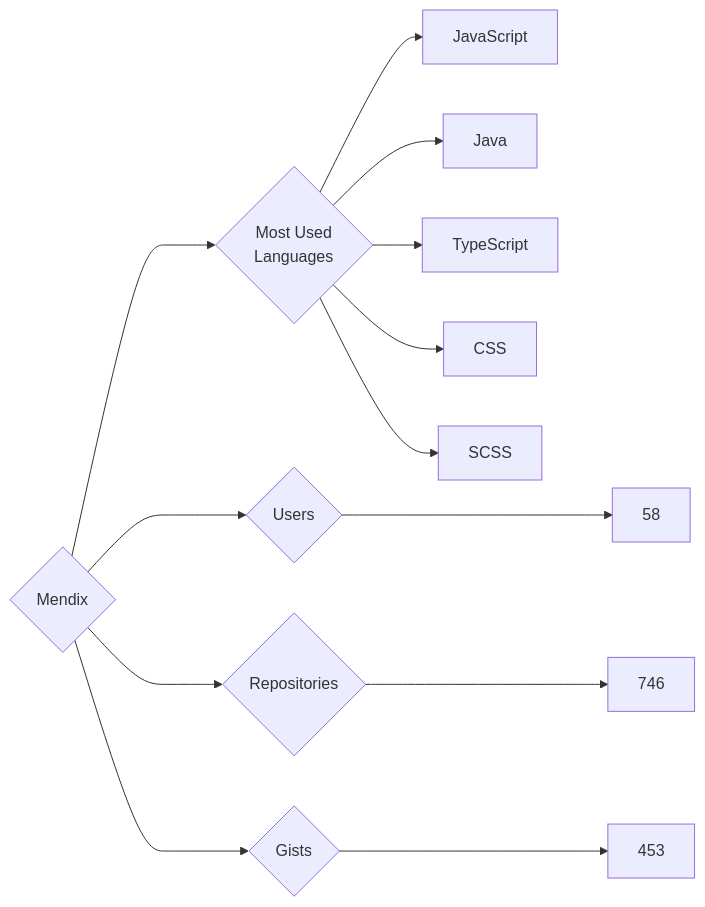
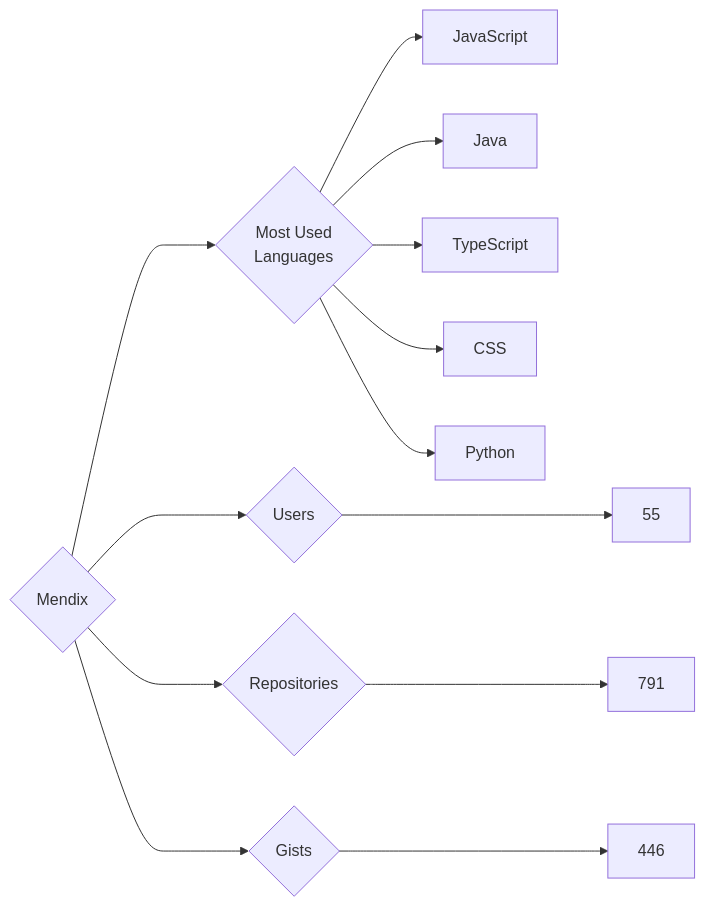
The diagram in targets/Mendix/README.md (trickest/insiders), drawn with Mermaid before and after one commit. The commit also changed 912 other files, not shown here.

````diff
--- a/targets/Mendix/README.md
+++ b/targets/Mendix/README.md
@@ -3,13 +3,13 @@
 ```mermaid
 graph LR
 COMPANY_NAME{Mendix}
-COMPANY_NAME ---> U{Users} ---> UN[58]
-COMPANY_NAME ---> R{Repositories} ---> RN[746]
-COMPANY_NAME ---> G{Gists} ---> GN[453]
+COMPANY_NAME ---> U{Users} ---> UN[55]
+COMPANY_NAME ---> R{Repositories} ---> RN[791]
+COMPANY_NAME ---> G{Gists} ---> GN[446]
 COMPANY_NAME ---> ML{Most Used<br>Languages}
 ML --> JavaScript[JavaScript]
 ML --> Java[Java]
 ML --> TypeScript[TypeScript]
 ML --> CSS[CSS]
-ML --> SCSS[SCSS]
+ML --> Python[Python]
 ```
````
